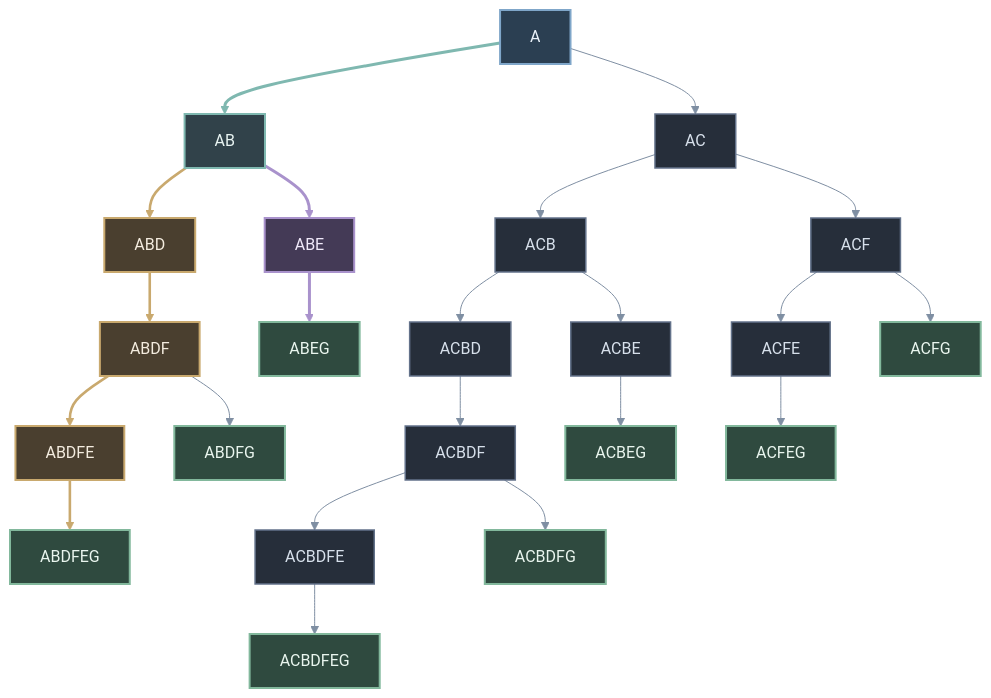
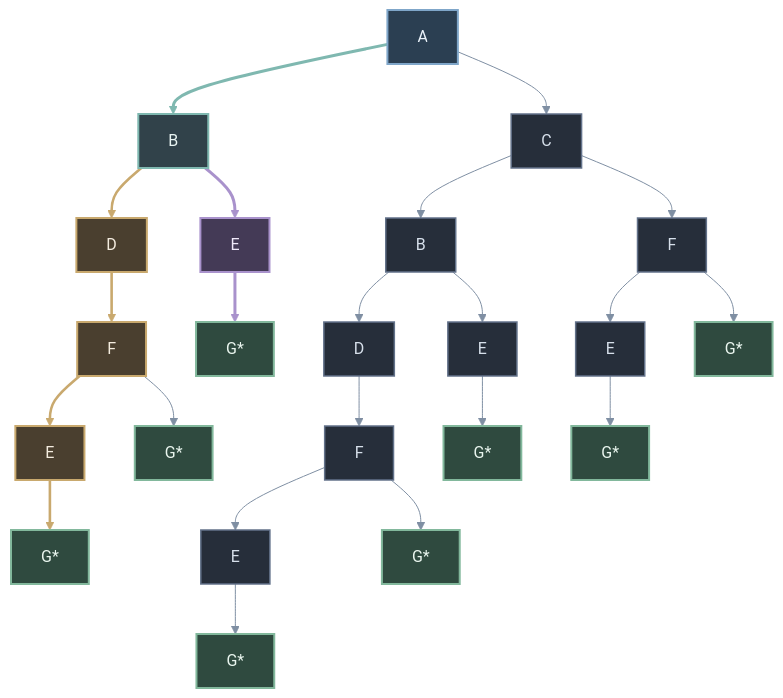
The third of 5 diagrams in Year_3/Semester_5/ARTIFICIAL_INTELLIGENCE/Exercises/Solution-Ex1/solution.md (PanagopoulosNikolaos/DitOpenNotes), drawn with Mermaid before and after one commit. The commit also changed other lines of this file, not shown here.

Commit message:
refactor(ai): simplify search tree labels to state names and relocate successor table
Replace path-based node labels with plain state names in the BFS/DFS search
tree diagram to reduce visual clutter and align labels with the graph.
Move the successor table below the graph for a more natural reading order
and update the accompanying captions accordingly.

````diff
--- a/Year_3/Semester_5/ARTIFICIAL_INTELLIGENCE/Exercises/Solution-Ex1/solution.md
+++ b/Year_3/Semester_5/ARTIFICIAL_INTELLIGENCE/Exercises/Solution-Ex1/solution.md
@@ -232,69 +234,69 @@
 ```mermaid
 %%{init: {'theme': 'base', 'themeVariables': {'background': '#151a22', 'mainBkg': '#262e3a', 'primaryColor': '#262e3a', 'primaryTextColor': '#d7e0eb', 'primaryBorderColor': '#63728a', 'textColor': '#d7e0eb', 'lineColor': '#7f8fa3', 'secondaryColor': '#202834', 'tertiaryColor': '#1b212b', 'clusterBkg': '#1b212b', 'clusterBorder': '#3f4c5e', 'edgeLabelBackground': '#1f2631', 'fontFamily': 'Verdana, Segoe UI, sans-serif'}}}%%
 flowchart TD
   nA["A"]
-  nAB["AB"]
-  nAC["AC"]
-  nABD["ABD"]
-  nABE["ABE"]
-  nACB["ACB"]
-  nACF["ACF"]
-  nABDF["ABDF"]
-  nABEG["ABEG"]
-  nACBD["ACBD"]
-  nACBE["ACBE"]
-  nACFE["ACFE"]
-  nACFG["ACFG"]
-  nABDFE["ABDFE"]
-  nABDFG["ABDFG"]
-  nACBDF["ACBDF"]
-  nACBEG["ACBEG"]
-  nACFEG["ACFEG"]
-  nABDFEG["ABDFEG"]
-  nACBDFE["ACBDFE"]
-  nACBDFG["ACBDFG"]
-  nACBDFEG["ACBDFEG"]
+  nAB["B"]
+  nAC["C"]
+  nABD["D"]
+  nABE["E"]
+  nACB["B"]
+  nACF["F"]
+  nABDF["F"]
+  nABEG["G*"]
+  nACBD["D"]
+  nACBE["E"]
+  nACFE["E"]
+  nACFG["G*"]
+  nABDFE["E"]
+  nABDFG["G*"]
+  nACBDF["F"]
+  nACBEG["G*"]
+  nACFEG["G*"]
+  nABDFEG["G*"]
+  nACBDFE["E"]
+  nACBDFG["G*"]
+  nACBDFEG["G*"]
 
   nA --> nAB
   nA --> nAC
   nAB --> nABD
   nAB --> nABE
   nABD --> nABDF
   nABE --> nABEG
   nAC --> nACB
   nAC --> nACF
   nACB --> nACBD
   nACB --> nACBE
   nACF --> nACFE
   nACF --> nACFG
   nABDF --> nABDFE
   nABDF --> nABDFG
   nACBD --> nACBDF
   nACBE --> nACBEG
   nACFE --> nACFEG
   nABDFE --> nABDFEG
   nACBDF --> nACBDFE
   nACBDF --> nACBDFG
   nACBDFE --> nACBDFEG
 
   classDef default fill:#262e3a,stroke:#63728a,stroke-width:1.5px,color:#d7e0eb
   classDef start fill:#2b3f52,stroke:#7fa6c9,stroke-width:2px,color:#eaf2fa
   classDef goal fill:#2f4a3f,stroke:#82b89c,stroke-width:2px,color:#e9f5ee
   classDef path fill:#443a56,stroke:#a992cc,stroke-width:2px,color:#f0e9fa
   classDef dfs fill:#4a3f2f,stroke:#c9a96e,stroke-width:2px,color:#f4ecdf
   classDef shared fill:#31424a,stroke:#7fb8b0,stroke-width:2px,color:#e8f4f2
 
   class nA start
   class nAB shared
   class nABE path
   class nABD,nABDF,nABDFE dfs
   class nABEG,nACFG,nACBEG,nACFEG,nABDFG,nACBDFG,nABDFEG,nACBDFEG goal
 
   linkStyle 0 stroke:#7fb8b0,stroke-width:3px
   linkStyle 3 stroke:#a992cc,stroke-width:3px
   linkStyle 5 stroke:#a992cc,stroke-width:3px
   linkStyle 2 stroke:#c9a96e,stroke-width:2.6px
   linkStyle 4 stroke:#c9a96e,stroke-width:2.6px
   linkStyle 12 stroke:#c9a96e,stroke-width:2.6px
   linkStyle 17 stroke:#c9a96e,stroke-width:2.6px
 ```
````
